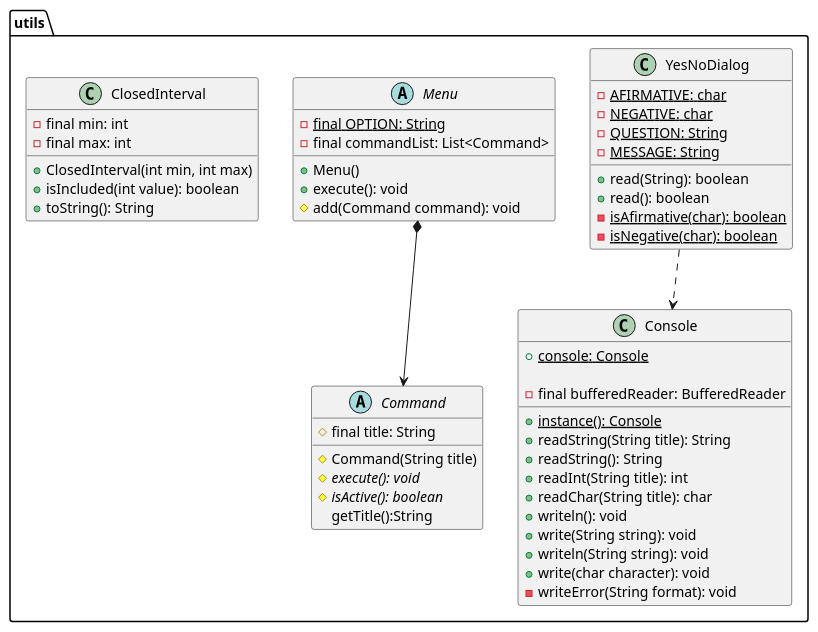
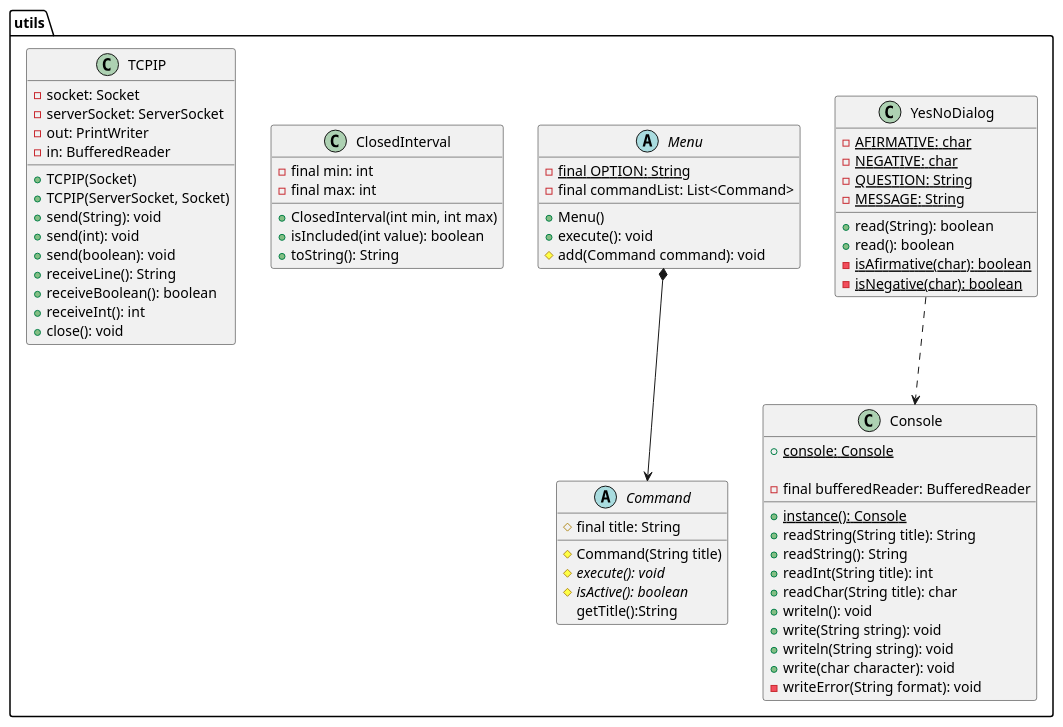
Before and after one commit to amartinm82/mastermind: the tenth of 12 diagrams in docs/src/docs/asciidoc/index.adoc, drawn with PlantUML. The commit also changed other lines of this file and 29 other files, not shown here.

```diff
--- a/docs/src/docs/asciidoc/index.adoc
+++ b/docs/src/docs/asciidoc/index.adoc
@@ -573,61 +920,77 @@
 [plantuml,mastermindUtils2,svg]
 ....
 
 class utils.Console {
 + {static} console: Console
 
 + {static} instance(): Console
 - final bufferedReader: BufferedReader
 + readString(String title): String
 + readString(): String
 + readInt(String title): int
 + readChar(String title): char
 + writeln(): void
 + write(String string): void
 + writeln(String string): void
 + write(char character): void
 - writeError(String format): void
 }
 
 class  utils.YesNoDialog{
 - {static} AFIRMATIVE: char
 - {static} NEGATIVE: char
 - {static} QUESTION: String
 - {static} MESSAGE: String
 + read(String): boolean
 + read(): boolean
 - {static} isAfirmative(char): boolean
 - {static} isNegative(char): boolean
 }
 
 utils.YesNoDialog .down.> utils.Console
 
 abstract class utils.Menu {
 
 - {static} final OPTION: String
 - final commandList: List<Command>
 
 + Menu()
 + execute(): void
 # add(Command command): void
 }
 
 utils.Menu *-down-> utils.Command
 
 abstract class utils.Command {
 # final title: String
 # Command(String title)
 # {abstract} execute(): void
 # {abstract} isActive(): boolean
 getTitle():String
 }
 
 class utils.ClosedInterval {
 - final min: int
 - final max: int
 
 + ClosedInterval(int min, int max)
 + isIncluded(int value): boolean
 + toString(): String
 }
+
+class utils.TCPIP {
+    -socket: Socket
+    -serverSocket: ServerSocket
+    -out: PrintWriter
+    -in: BufferedReader
+    +TCPIP(Socket)
+    +TCPIP(ServerSocket, Socket)
+    +send(String): void
+    +send(int): void
+    +send(boolean): void
+    +receiveLine(): String
+    +receiveBoolean(): boolean
+    +receiveInt(): int
+    +close(): void
+}
 ....
```
